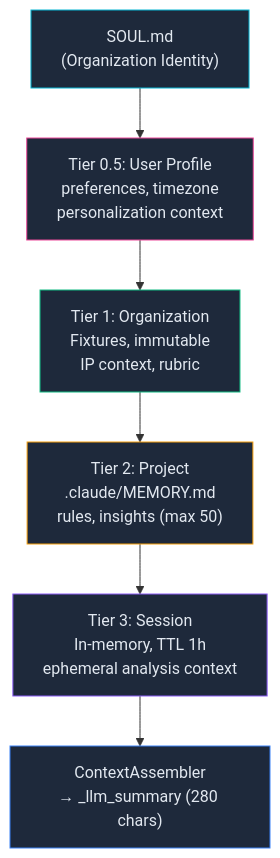
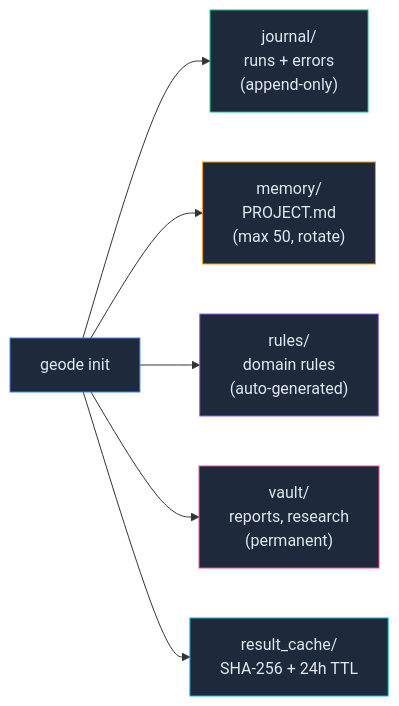
One commit to mangowhoiscloud/geode changed the first of 2 diagrams in README.md. Above: the diagram before and after it, drawn with Mermaid. The commit also changed other lines of this file and 3 other files, not shown here.

````diff
--- a/README.md
+++ b/README.md
@@ -617,15 +104,15 @@
 ```mermaid
-graph TB
-    Soul["SOUL.md<br/>(Organization Identity)"] --> UProf["Tier 0.5: User Profile<br/>preferences, timezone<br/>personalization context"]
-    UProf --> Org["Tier 1: Organization<br/>Fixtures, immutable<br/>IP context, rubric"]
-    Org --> Proj["Tier 2: Project<br/>.claude/MEMORY.md<br/>rules, insights (max 50)"]
-    Proj --> Sess["Tier 3: Session<br/>In-memory, TTL 1h<br/>ephemeral analysis context"]
-    Sess --> Asm["ContextAssembler<br/>→ _llm_summary (280 chars)"]
+graph LR
+    Init["geode init"] --> J["journal/<br/>runs + errors<br/>(append-only)"]
+    Init --> M["memory/<br/>PROJECT.md<br/>(max 50, rotate)"]
+    Init --> R["rules/<br/>domain rules<br/>(auto-generated)"]
+    Init --> V["vault/<br/>reports, research<br/>(permanent)"]
+    Init --> C["result_cache/<br/>SHA-256 + 24h TTL"]
 
-    style Soul fill:#1e293b,stroke:#06b6d4,color:#e2e8f0
-    style UProf fill:#1e293b,stroke:#ec4899,color:#e2e8f0
-    style Org fill:#1e293b,stroke:#10b981,color:#e2e8f0
-    style Proj fill:#1e293b,stroke:#f59e0b,color:#e2e8f0
-    style Sess fill:#1e293b,stroke:#8b5cf6,color:#e2e8f0
-    style Asm fill:#1e293b,stroke:#3b82f6,color:#e2e8f0
+    style Init fill:#1e293b,stroke:#3b82f6,color:#e2e8f0
+    style J fill:#1e293b,stroke:#10b981,color:#e2e8f0
+    style M fill:#1e293b,stroke:#f59e0b,color:#e2e8f0
+    style R fill:#1e293b,stroke:#8b5cf6,color:#e2e8f0
+    style V fill:#1e293b,stroke:#ec4899,color:#e2e8f0
+    style C fill:#1e293b,stroke:#06b6d4,color:#e2e8f0
 ```
````
